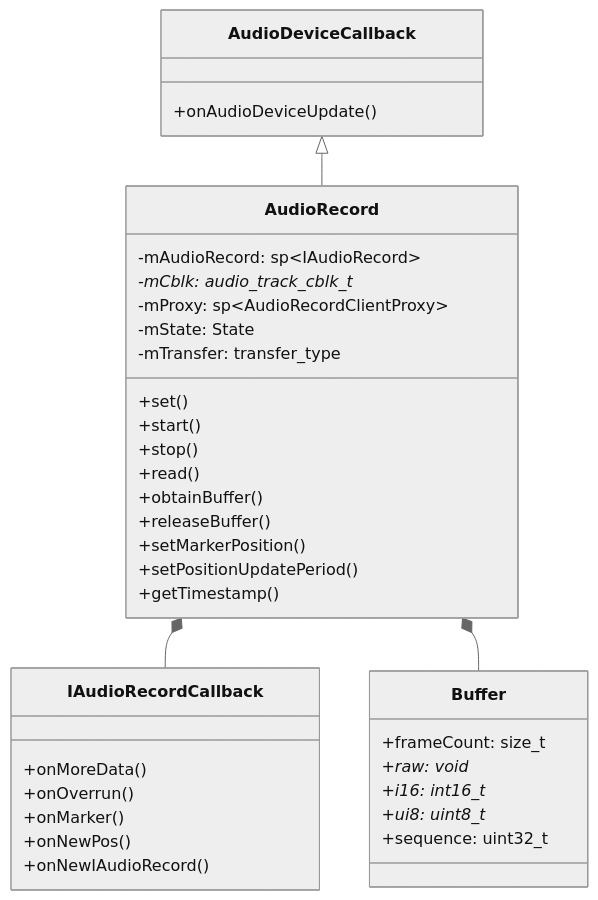
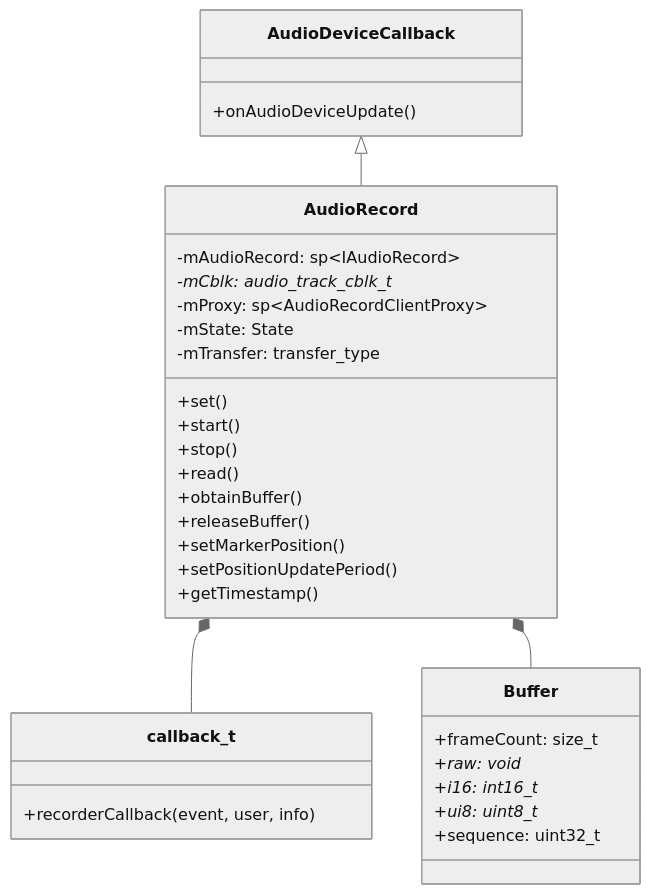
The fourth of 6 diagrams in 04_Native_Framework_Layer/04_4.2_libaudioclient-Native音频客户端库.md (yanglinzhen1022/SA8295_AAOS_QNX_Audio_KnowledgeBase), drawn with Mermaid (neutral theme) before and after one commit. The commit also changed other lines of this file and 5 other files, not shown here.

````diff
--- a/04_Native_Framework_Layer/04_4.2_libaudioclient-Native音频客户端库.md
+++ b/04_Native_Framework_Layer/04_4.2_libaudioclient-Native音频客户端库.md
@@ -280,40 +267,36 @@
 ```mermaid
 classDiagram
     class AudioDeviceCallback {
         +onAudioDeviceUpdate()
     }
     class AudioRecord {
         +set()
         +start()
         +stop()
         +read()
         +obtainBuffer()
         +releaseBuffer()
         +setMarkerPosition()
         +setPositionUpdatePeriod()
         +getTimestamp()
         -mAudioRecord: sp~IAudioRecord~
         -mCblk: audio_track_cblk_t*
         -mProxy: sp~AudioRecordClientProxy~
         -mState: State
         -mTransfer: transfer_type
     }
-    class IAudioRecordCallback {
-        +onMoreData()
-        +onOverrun()
-        +onMarker()
-        +onNewPos()
-        +onNewIAudioRecord()
+    class callback_t {
+        +recorderCallback(event, user, info)
     }
     class Buffer {
         +frameCount: size_t
         +raw: void*
         +i16: int16_t*
         +ui8: uint8_t*
         +sequence: uint32_t
     }
 
     AudioDeviceCallback <|-- AudioRecord
-    AudioRecord *-- IAudioRecordCallback
+    AudioRecord *-- callback_t
     AudioRecord *-- Buffer
 ```
````
